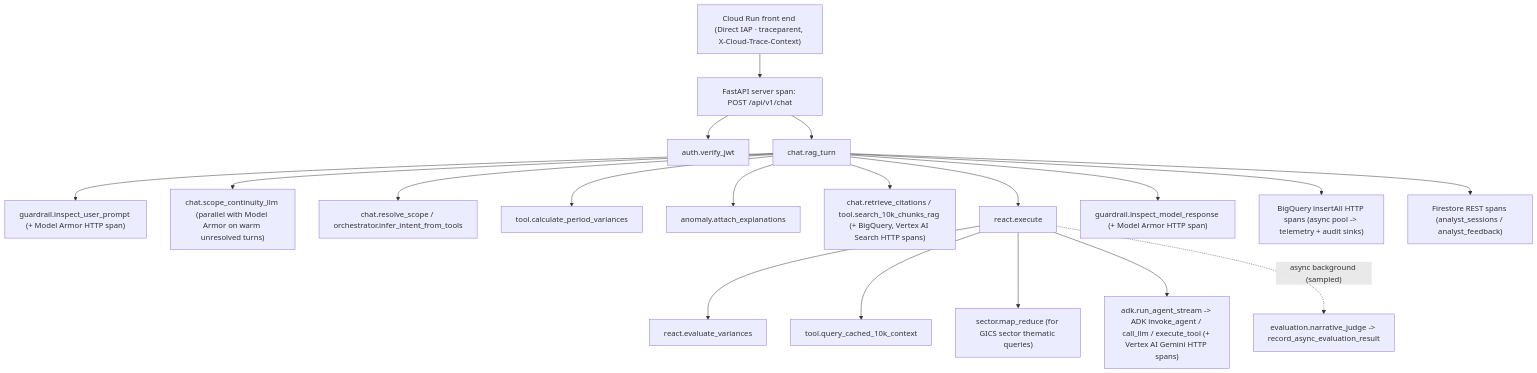
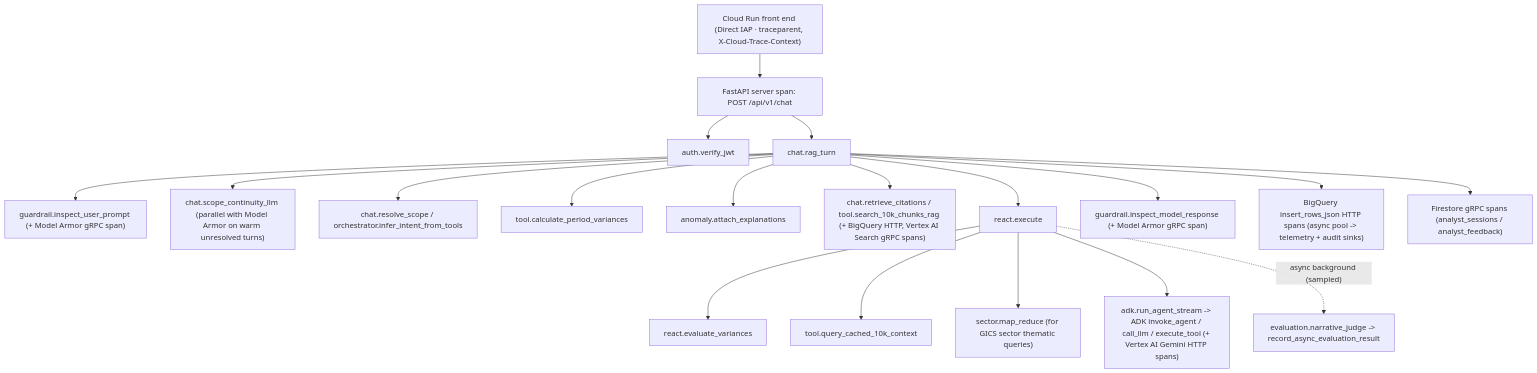
Before and after one commit to jackbetcher-work/edgar_capstone: the diagram in docs/observability.md, drawn with Mermaid. The commit also changed other lines of this file and 55 other files, not shown here.

````diff
--- a/docs/observability.md
+++ b/docs/observability.md
@@ -17,21 +17,21 @@
 ```mermaid
 flowchart TD
     LB["Cloud Run front end (Direct IAP · traceparent, X-Cloud-Trace-Context)"] --> S["FastAPI server span: POST /api/v1/chat"]
     S --> A["auth.verify_jwt"]
     S --> T["chat.rag_turn"]
-    T --> G["guardrail.inspect_user_prompt (+ Model Armor HTTP span)"]
+    T --> G["guardrail.inspect_user_prompt (+ Model Armor gRPC span)"]
     T --> SC["chat.scope_continuity_llm (parallel with Model Armor on warm unresolved turns)"]
     T --> R["chat.resolve_scope / orchestrator.infer_intent_from_tools"]
     T --> V["tool.calculate_period_variances"]
     T --> AN["anomaly.attach_explanations"]
-    T --> C["chat.retrieve_citations / tool.search_10k_chunks_rag (+ BigQuery, Vertex AI Search HTTP spans)"]
+    T --> C["chat.retrieve_citations / tool.search_10k_chunks_rag (+ BigQuery HTTP, Vertex AI Search gRPC spans)"]
     T --> X["react.execute"]
     X --> E["react.evaluate_variances"]
     X --> Q["tool.query_cached_10k_context"]
     X --> M["sector.map_reduce (for GICS sector thematic queries)"]
     X --> L["adk.run_agent_stream -> ADK invoke_agent / call_llm / execute_tool (+ Vertex AI Gemini HTTP spans)"]
     X -.->|"async background (sampled)"| J["evaluation.narrative_judge -> record_async_evaluation_result"]
-    T --> RG["guardrail.inspect_model_response (+ Model Armor HTTP span)"]
-    T --> B["BigQuery insertAll HTTP spans (async pool -> telemetry + audit sinks)"]
-    T --> FS["Firestore REST spans (analyst_sessions / analyst_feedback)"]
+    T --> RG["guardrail.inspect_model_response (+ Model Armor gRPC span)"]
+    T --> B["BigQuery insert_rows_json HTTP spans (async pool -> telemetry + audit sinks)"]
+    T --> FS["Firestore gRPC spans (analyst_sessions / analyst_feedback)"]
 ```
````
